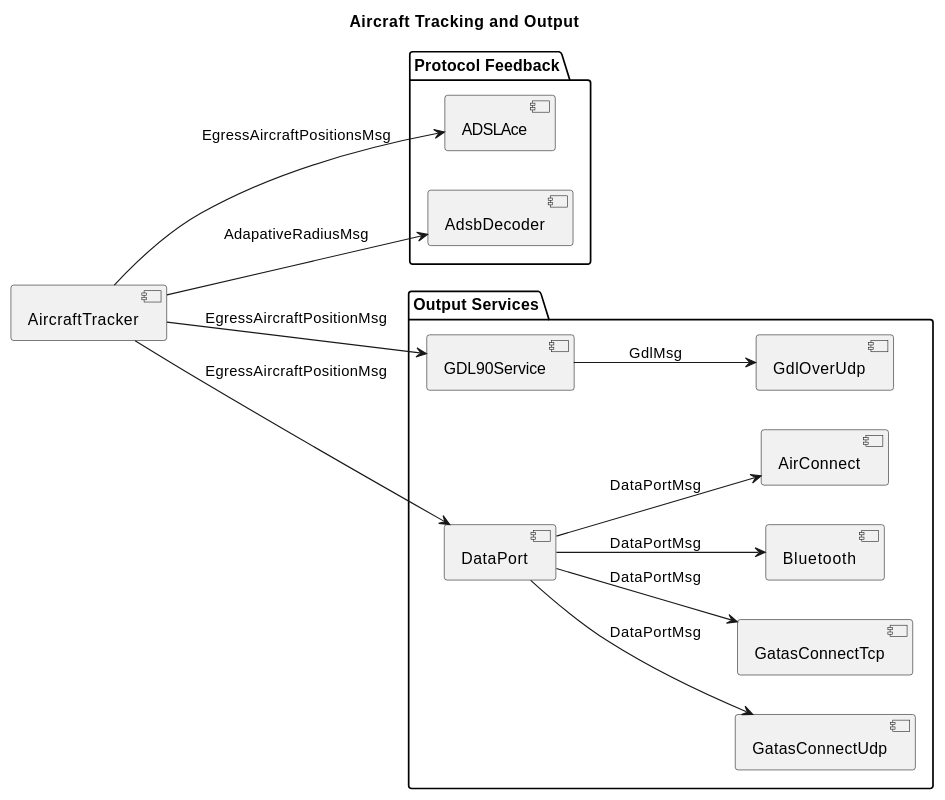
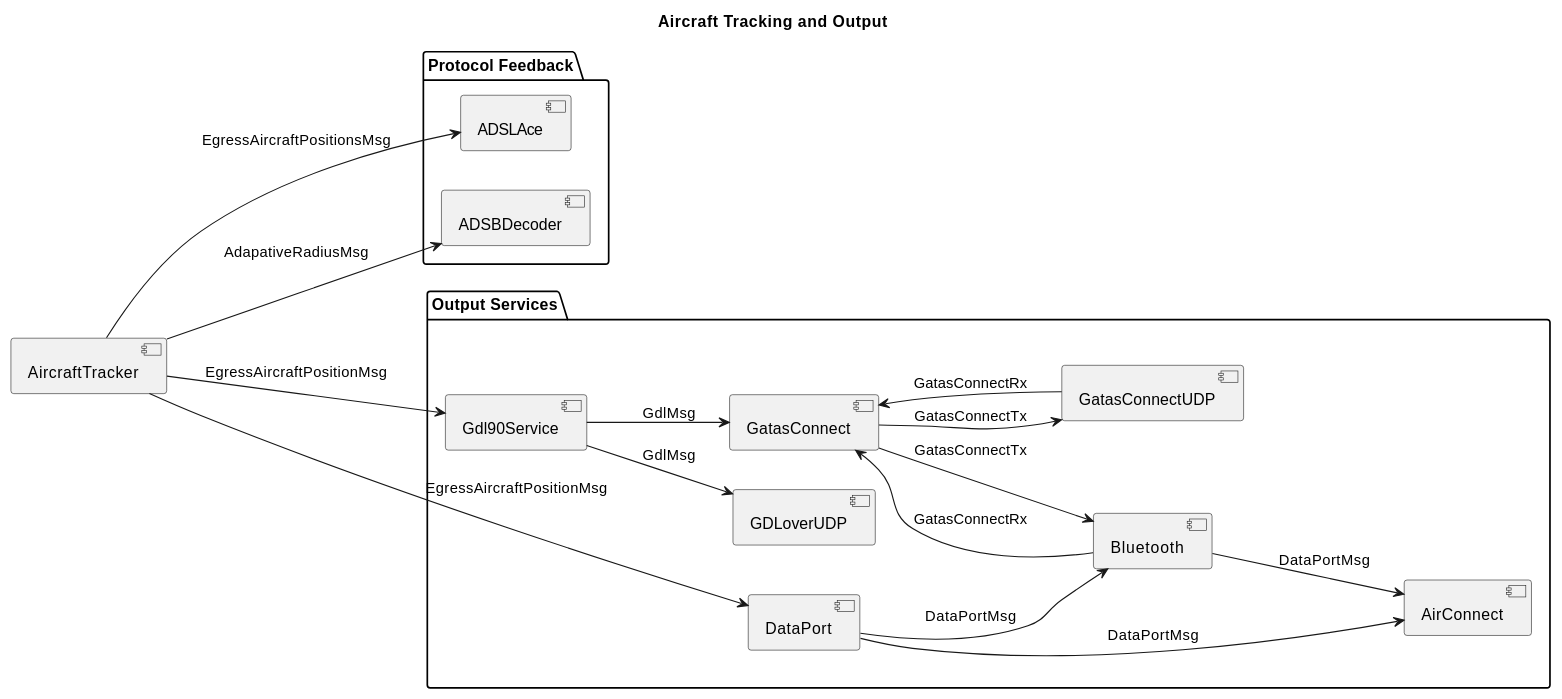
One commit to Duke306/openace changed the fourth of 7 diagrams in doc/message-bus.md. Above: the diagram before and after it, drawn with PlantUML. The commit also changed other lines of this file and 85 other files, not shown here.

````diff
--- a/doc/message-bus.md
+++ b/doc/message-bus.md
@@ -214,40 +234,44 @@
 ```plantuml
 ' =====================================================================
 ' TRACKING AND OUTPUT
 ' =====================================================================
 @startuml
 title Aircraft Tracking and Output
 
 left to right direction
 
 [AircraftTracker]
 
 package "Protocol Feedback" {
     [ADSLAce]
-    [AdsbDecoder]
+    [ADSBDecoder]
 }
 
 package "Output Services" {
-    [GDL90Service]
-    [GdlOverUdp]
+    [Gdl90Service]
+    [GDLoverUDP]
     [DataPort]
-    [GatasConnectUdp]
-    [GatasConnectTcp]
+    [GatasConnect]
+    [GatasConnectUDP]
     [Bluetooth]
     [AirConnect]
 }
 
-[AircraftTracker] --> [GDL90Service] : EgressAircraftPositionMsg
+[AircraftTracker] --> [Gdl90Service] : EgressAircraftPositionMsg
 [AircraftTracker] --> [DataPort] : EgressAircraftPositionMsg
 [AircraftTracker] --> [ADSLAce] : EgressAircraftPositionsMsg
-[AircraftTracker] --> [AdsbDecoder] : AdapativeRadiusMsg
+[AircraftTracker] --> [ADSBDecoder] : AdapativeRadiusMsg
 
-[GDL90Service] --> [GdlOverUdp] : GdlMsg
+[Gdl90Service] --> [GDLoverUDP] : GdlMsg
+[Gdl90Service] --> [GatasConnect] : GdlMsg
 
-[DataPort] --> [GatasConnectUdp] : DataPortMsg
-[DataPort] --> [GatasConnectTcp] : DataPortMsg
+[GatasConnect] --> [GatasConnectUDP] : GatasConnectTx
+[GatasConnect] --> [Bluetooth] : GatasConnectTx
+[GatasConnectUDP] --> [GatasConnect] : GatasConnectRx
 [DataPort] --> [Bluetooth] : DataPortMsg
+[Bluetooth] --> [GatasConnect] : GatasConnectRx
+[Bluetooth] --> [AirConnect] : DataPortMsg
 [DataPort] --> [AirConnect] : DataPortMsg
 
 @enduml
 ```
````
